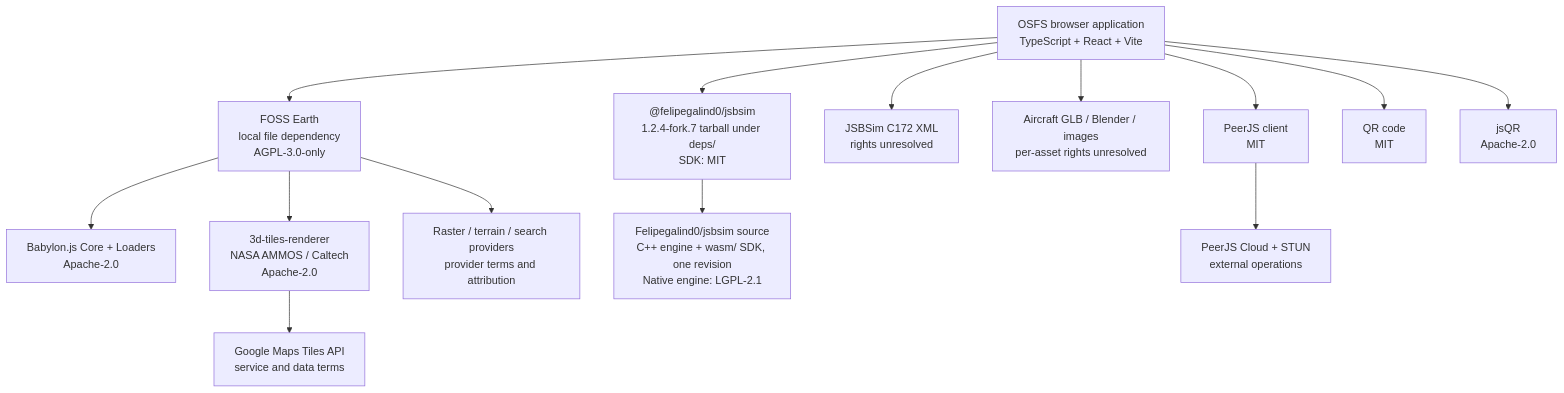
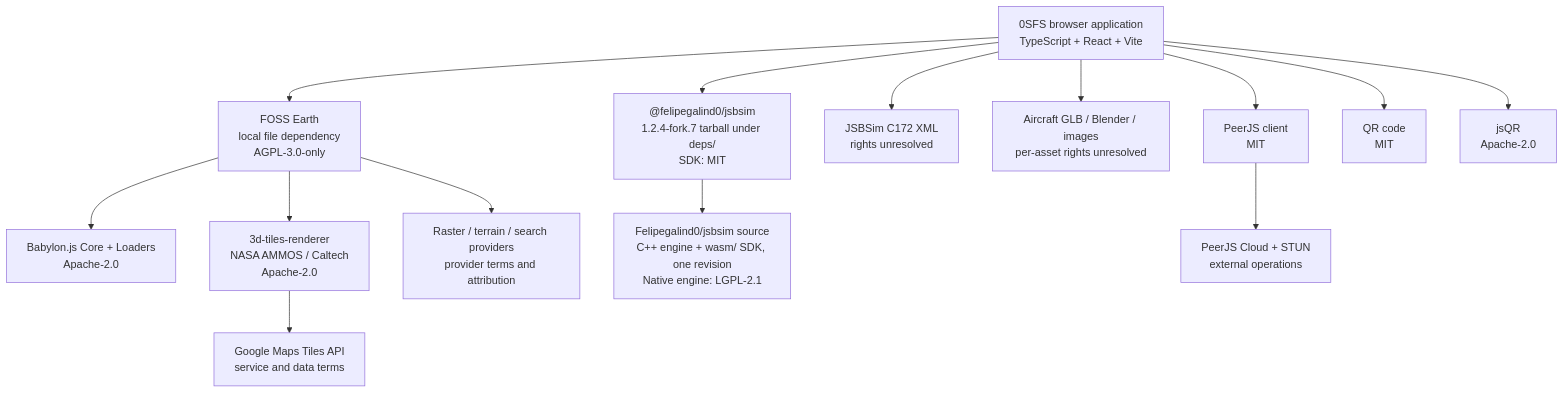
One commit to 0SFS/0SFS.github.io changed the diagram in docs/software-dependency-graph.md. Above: the diagram before and after it, drawn with Mermaid. The commit also changed other lines of this file and 52 other files, not shown here.

````diff
--- a/docs/software-dependency-graph.md
+++ b/docs/software-dependency-graph.md
@@ -25,30 +25,30 @@
 ```mermaid
 flowchart TB
-  OSFS["OSFS browser application<br/>TypeScript + React + Vite"]
+  APP["0SFS browser application<br/>TypeScript + React + Vite"]
   FE["FOSS Earth<br/>local file dependency<br/>AGPL-3.0-only"]
   BJS["Babylon.js Core + Loaders<br/>Apache-2.0"]
   TILES["3d-tiles-renderer<br/>NASA AMMOS / Caltech<br/>Apache-2.0"]
   JSW["@felipegalind0/jsbsim<br/>1.2.4-fork.7 tarball under deps/<br/>SDK: MIT"]
   JSB["Felipegalind0/jsbsim source<br/>C++ engine + wasm/ SDK, one revision<br/>Native engine: LGPL-2.1"]
   DATA["JSBSim C172 XML<br/>rights unresolved"]
   ASSETS["Aircraft GLB / Blender / images<br/>per-asset rights unresolved"]
   PEER["PeerJS client<br/>MIT"]
   QR["QR code<br/>MIT"]
   JSQR["jsQR<br/>Apache-2.0"]
   GOOGLE["Google Maps Tiles API<br/>service and data terms"]
   MAPS["Raster / terrain / search providers<br/>provider terms and attribution"]
   SIGNAL["PeerJS Cloud + STUN<br/>external operations"]
 
-  OSFS --> FE
-  OSFS --> JSW --> JSB
-  OSFS --> DATA
-  OSFS --> ASSETS
-  OSFS --> PEER
-  OSFS --> QR
-  OSFS --> JSQR
+  APP --> FE
+  APP --> JSW --> JSB
+  APP --> DATA
+  APP --> ASSETS
+  APP --> PEER
+  APP --> QR
+  APP --> JSQR
   FE --> BJS
   FE --> TILES
   TILES --> GOOGLE
   FE --> MAPS
   PEER --> SIGNAL
 ```
````
